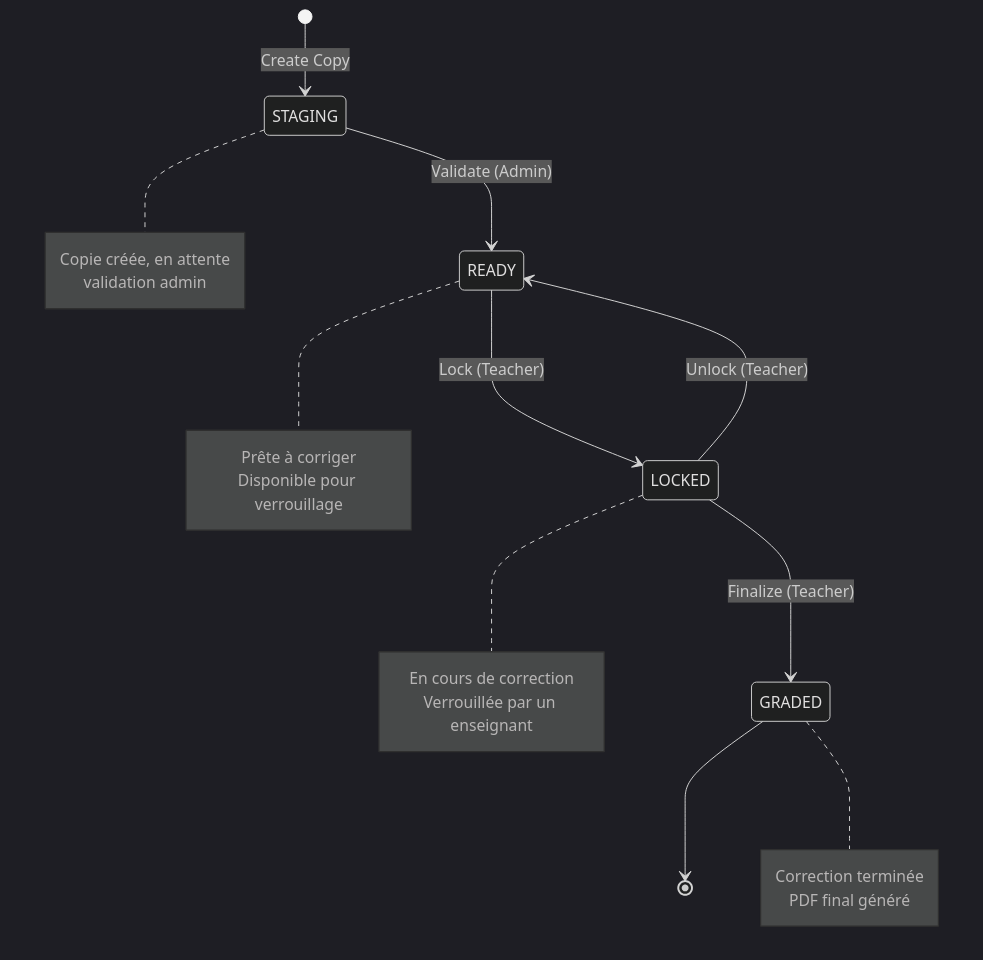
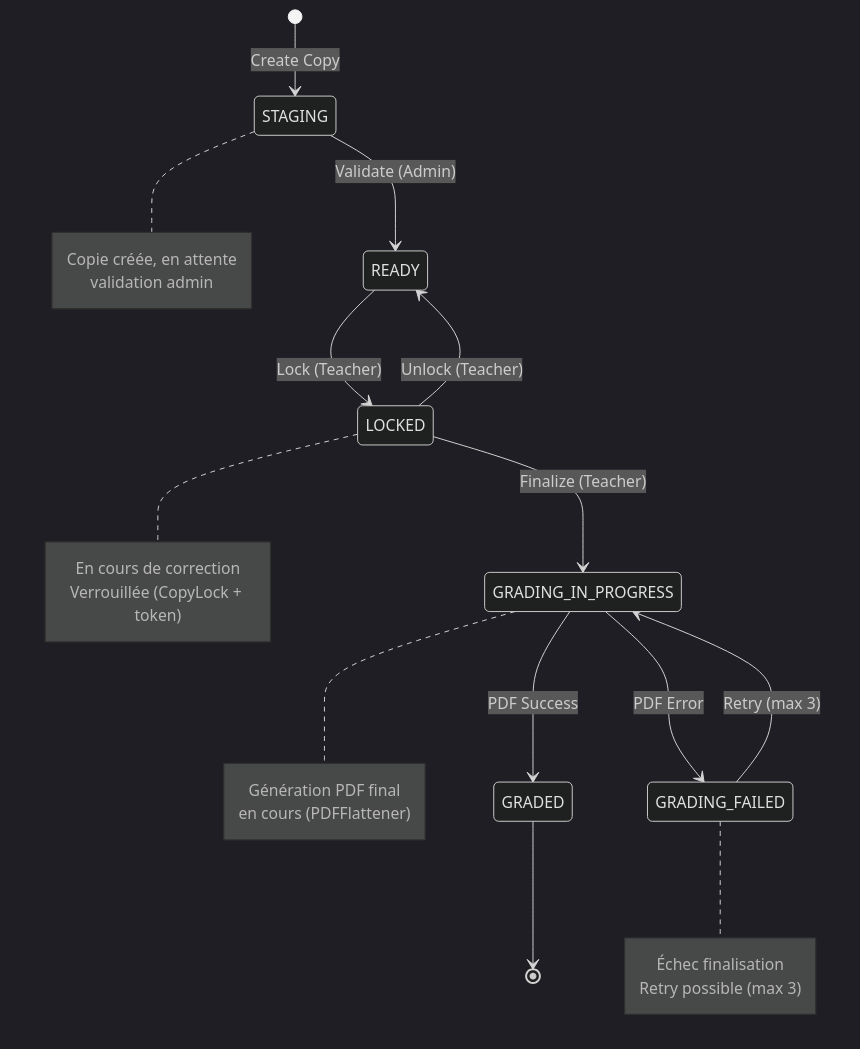
One commit to cyranoaladin/Korrigo changed the third of 3 diagrams in docs/technical/DATABASE_SCHEMA.md. Above: the diagram before and after it, drawn with Mermaid (dark theme). The commit also changed other lines of this file and 295 other files, not shown here.

````diff
--- a/docs/technical/DATABASE_SCHEMA.md
+++ b/docs/technical/DATABASE_SCHEMA.md
@@ -545,29 +561,32 @@
 ```mermaid
 stateDiagram-v2
     [*] --> STAGING: Create Copy
     STAGING --> READY: Validate (Admin)
     READY --> LOCKED: Lock (Teacher)
     LOCKED --> READY: Unlock (Teacher)
-    LOCKED --> GRADED: Finalize (Teacher)
+    LOCKED --> GRADING_IN_PROGRESS: Finalize (Teacher)
+    GRADING_IN_PROGRESS --> GRADED: PDF Success
+    GRADING_IN_PROGRESS --> GRADING_FAILED: PDF Error
+    GRADING_FAILED --> GRADING_IN_PROGRESS: Retry (max 3)
     GRADED --> [*]
     
     note right of STAGING
         Copie créée, en attente
         validation admin
     end note
     
-    note right of READY
-        Prête à corriger
-        Disponible pour verrouillage
+    note right of LOCKED
+        En cours de correction
+        Verrouillée (CopyLock + token)
     end note
     
-    note right of LOCKED
-        En cours de correction
-        Verrouillée par un enseignant
+    note right of GRADING_IN_PROGRESS
+        Génération PDF final
+        en cours (PDFFlattener)
     end note
     
-    note right of GRADED
-        Correction terminée
-        PDF final généré
+    note right of GRADING_FAILED
+        Échec finalisation
+        Retry possible (max 3)
     end note
 ```
````
